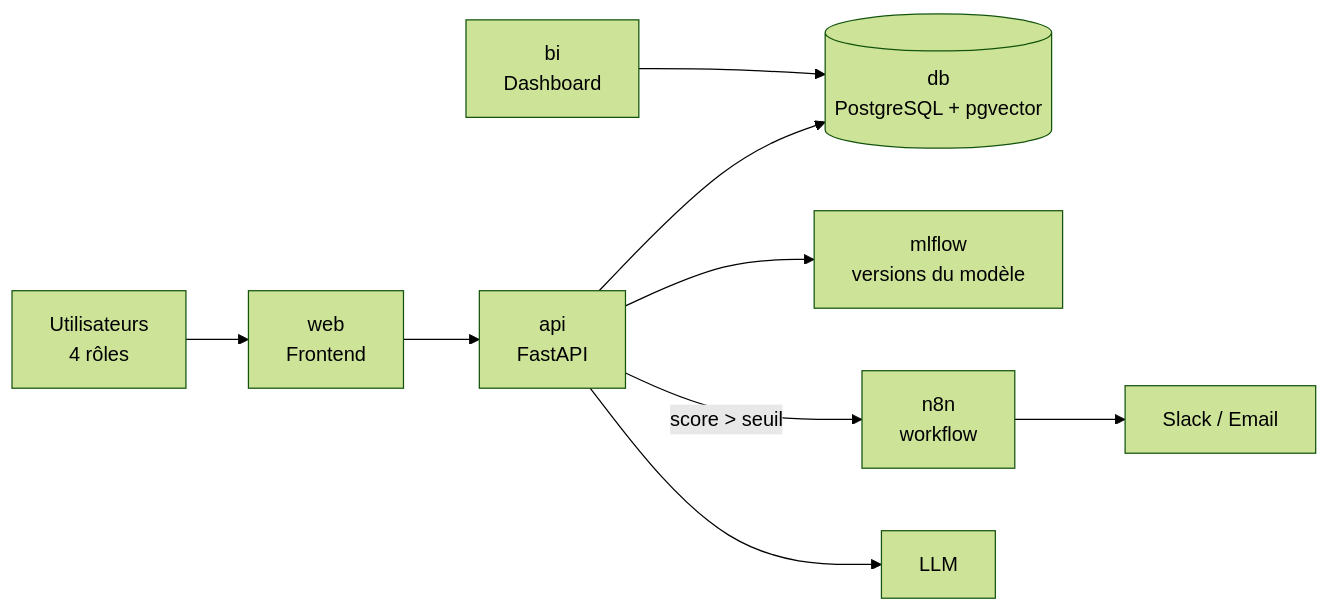
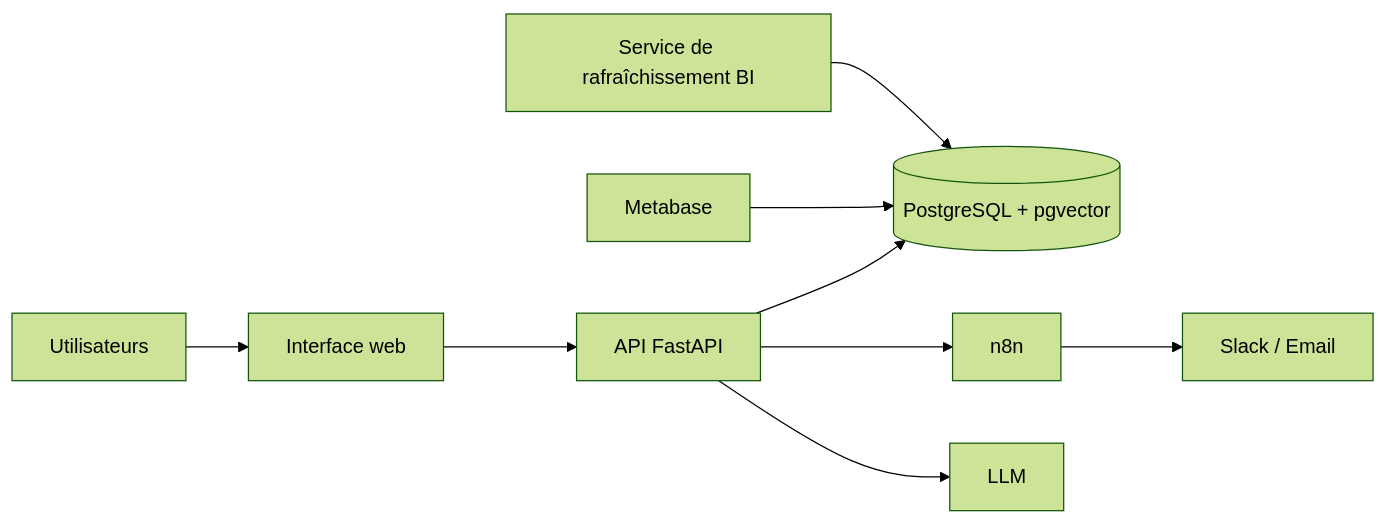
One commit to hdiary/PrediCare-TPA changed the diagram in README.md. Above: the diagram before and after it, drawn with Mermaid (forest theme). The commit also changed other lines of this file and 12 other files, not shown here.

````diff
--- a/README.md
+++ b/README.md
@@ -84,11 +56,11 @@
 ```mermaid
 flowchart LR
-    U[Utilisateurs<br/>4 rôles] --> W[web<br/>Frontend]
-    W --> A[api<br/>FastAPI]
-    A --> D[(db<br/>PostgreSQL + pgvector)]
-    A --> M[mlflow<br/>versions du modèle]
-    A -->|score > seuil| N[n8n<br/>workflow]
+    U[Utilisateurs] --> W[Interface web]
+    W --> A[API FastAPI]
+    A --> D[(PostgreSQL + pgvector)]
+    A --> N[n8n]
     N --> S[Slack / Email]
     A --> L[LLM]
-    B[bi<br/>Dashboard] --> D
+    M[Metabase] --> D
+    F[Service de rafraîchissement BI] --> D
 ```
````
